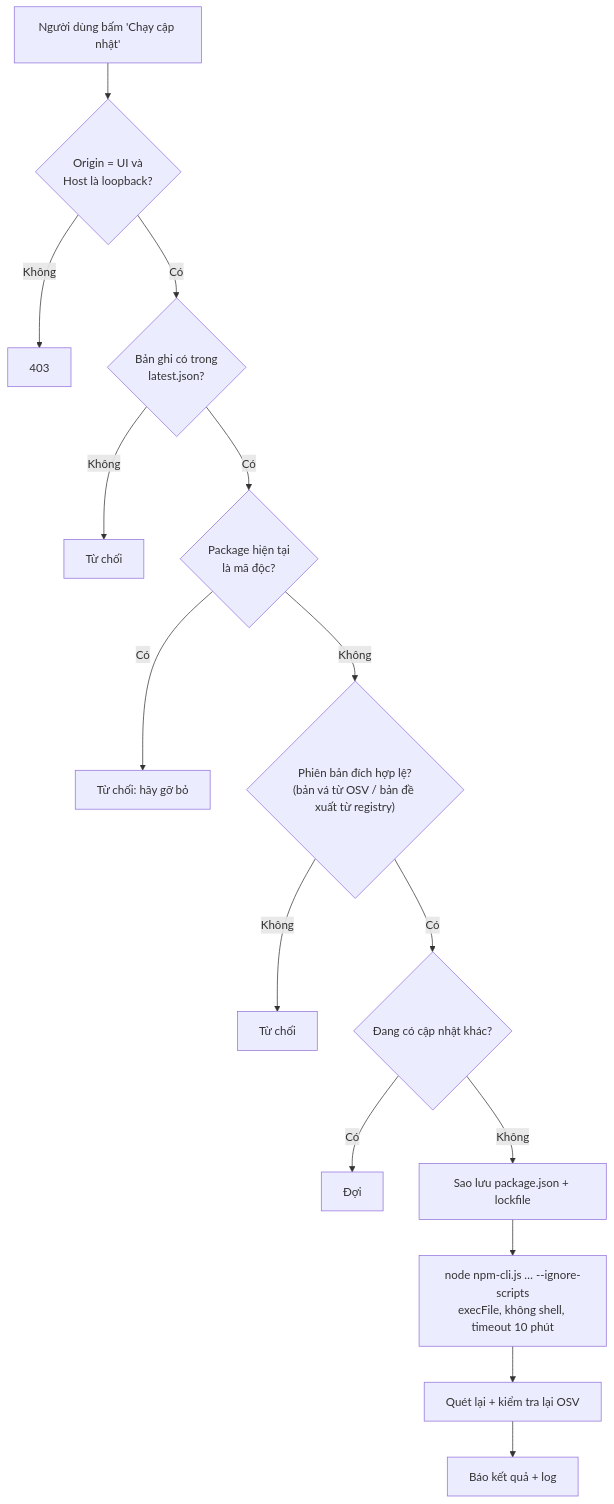
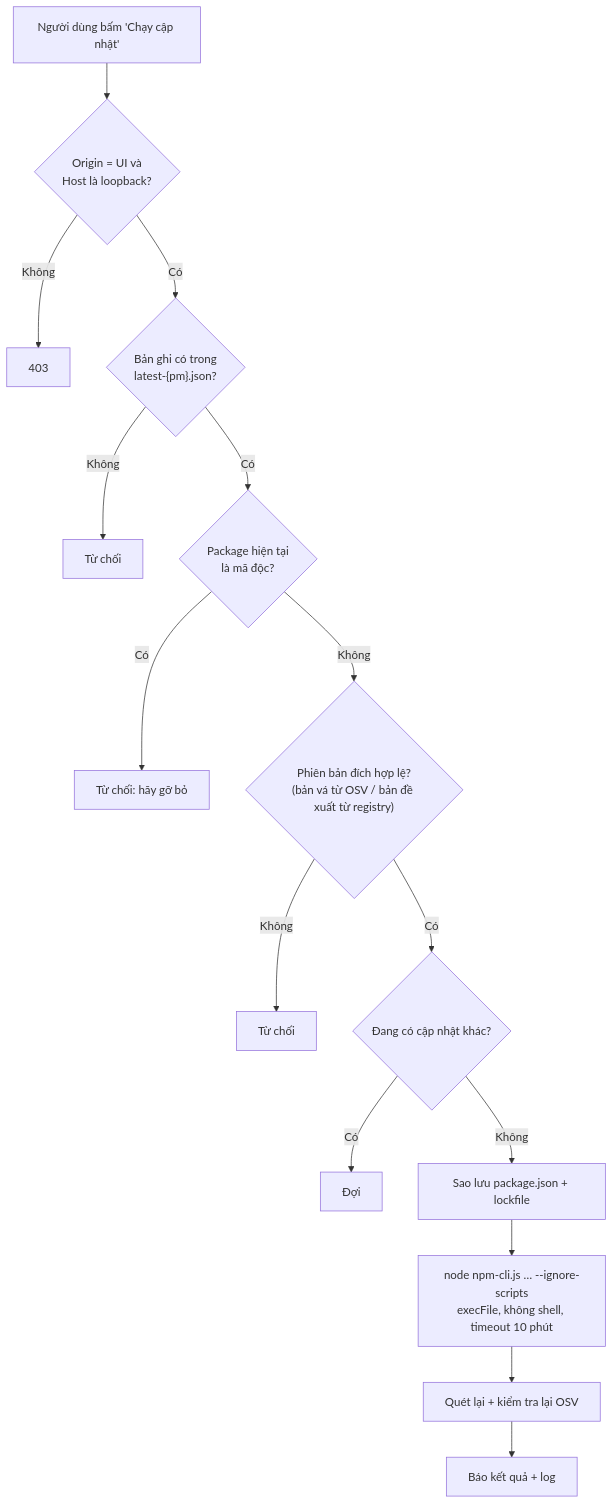
One commit to phanhuyyy/libpack-guard changed the diagram in docs/vi/security.md. Above: the diagram before and after it, drawn with Mermaid. The commit also changed other lines of this file and 50 other files, not shown here.

````diff
--- a/docs/vi/security.md
+++ b/docs/vi/security.md
@@ -15,17 +15,17 @@
 ```mermaid
 flowchart TD
     Click["Người dùng bấm 'Chạy cập nhật'"] --> O1{"Origin = UI và<br/>Host là loopback?"}
     O1 -- Không --> X1["403"]
-    O1 -- Có --> O2{"Bản ghi có trong<br/>latest.json?"}
+    O1 -- Có --> O2{"Bản ghi có trong<br/>latest-{pm}.json?"}
     O2 -- Không --> X2["Từ chối"]
     O2 -- Có --> O3{"Package hiện tại<br/>là mã độc?"}
     O3 -- Có --> X3["Từ chối: hãy gỡ bỏ"]
     O3 -- Không --> O4{"Phiên bản đích hợp lệ?<br/>(bản vá từ OSV / bản đề xuất từ registry)"}
     O4 -- Không --> X4["Từ chối"]
     O4 -- Có --> O5{"Đang có cập nhật khác?"}
     O5 -- Có --> X5["Đợi"]
     O5 -- Không --> Bk["Sao lưu package.json + lockfile"]
     Bk --> Run["node npm-cli.js … --ignore-scripts<br/>execFile, không shell, timeout 10 phút"]
     Run --> Re["Quét lại + kiểm tra lại OSV"]
     Re --> Res["Báo kết quả + log"]
 ```
````
